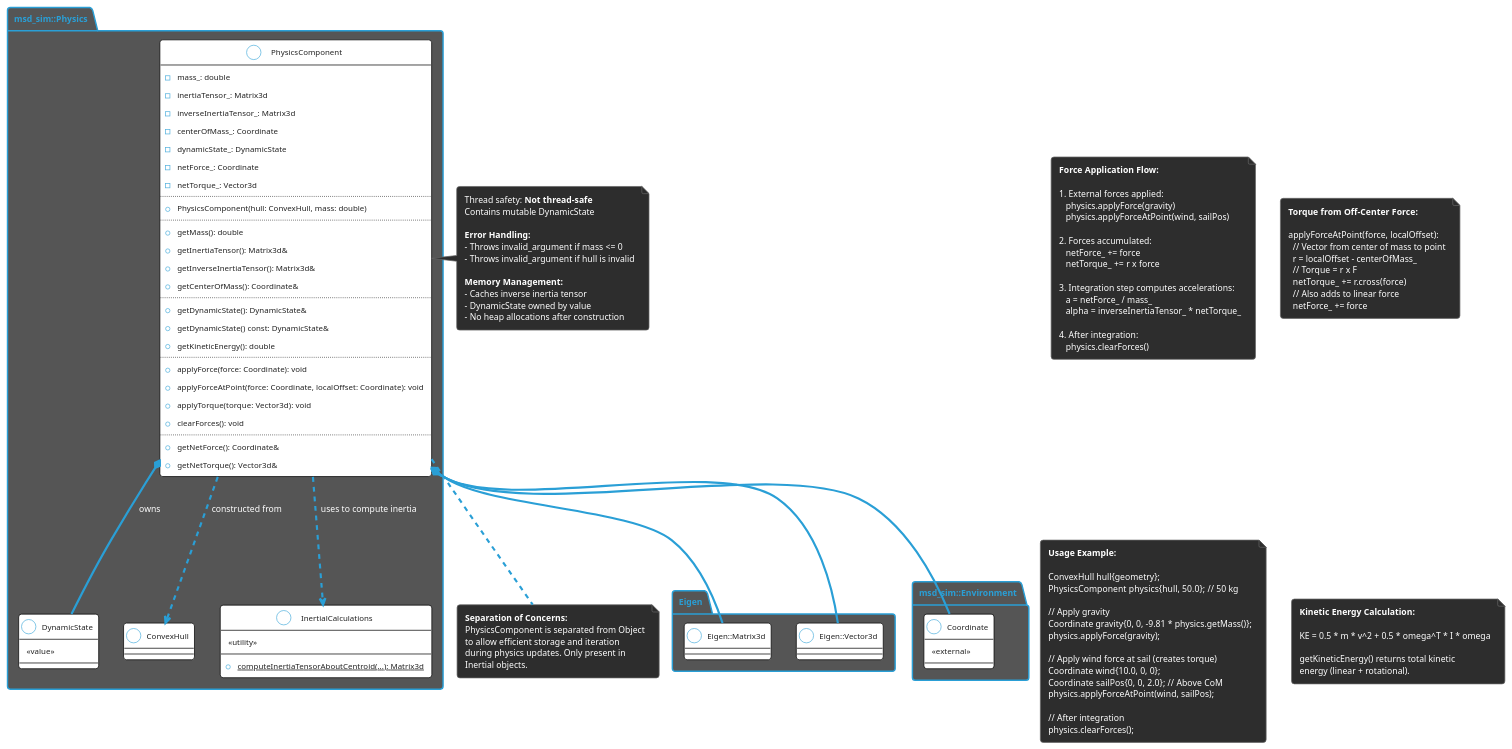
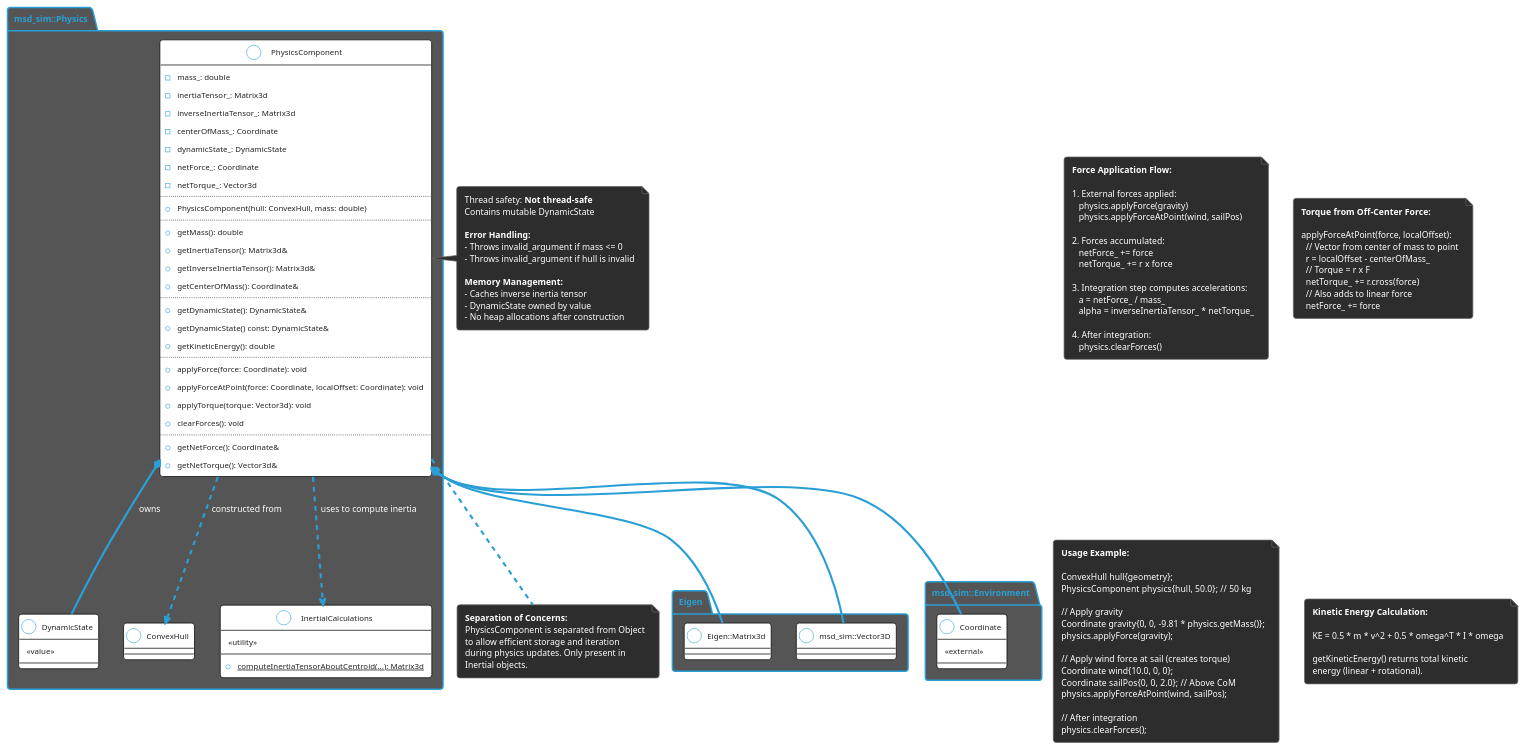
The diagram in docs/msd/msd-sim/Physics/physics-component.puml (danielnewman09/MSD-CPP), drawn with PlantUML before and after one commit. The commit also changed 102 other files, not shown here.

```diff
--- a/docs/msd/msd-sim/Physics/physics-component.puml
+++ b/docs/msd/msd-sim/Physics/physics-component.puml
@@ -1,195 +1,195 @@
 @startuml
 ' =============================================================================
 ' Feature: PhysicsComponent
 ' Description: Rigid body physics properties for dynamic objects
 ' Date: 2026-01-01
 ' =============================================================================
 
 !theme cyborg
 
 ' -----------------------------------------------------------------------------
 ' Styling - documenting existing components
 ' -----------------------------------------------------------------------------
 skinparam class {
     BackgroundColor White
     BorderColor Black
 }
 
 skinparam note {
     BackgroundColor #2d2d2d
     BorderColor #666666
 }
 
 ' -----------------------------------------------------------------------------
 ' Package/Namespace Organization
 ' -----------------------------------------------------------------------------
 package "msd_sim::Physics" {
 
     class PhysicsComponent {
         -mass_: double
         -inertiaTensor_: Matrix3d
         -inverseInertiaTensor_: Matrix3d
         -centerOfMass_: Coordinate
         -dynamicState_: DynamicState
         -netForce_: Coordinate
         -netTorque_: Vector3d
         ..
         ' Construction
         +PhysicsComponent(hull: ConvexHull, mass: double)
         ..
         ' Mass properties
         +getMass(): double
         +getInertiaTensor(): Matrix3d&
         +getInverseInertiaTensor(): Matrix3d&
         +getCenterOfMass(): Coordinate&
         ..
         ' Dynamic state access
         +getDynamicState(): DynamicState&
         +getDynamicState() const: DynamicState&
         +getKineticEnergy(): double
         ..
         ' Force and torque application
         +applyForce(force: Coordinate): void
         +applyForceAtPoint(force: Coordinate, localOffset: Coordinate): void
         +applyTorque(torque: Vector3d): void
         +clearForces(): void
         ..
         ' Net force/torque access
         +getNetForce(): Coordinate&
         +getNetTorque(): Vector3d&
     }
 
     class DynamicState {
         <<value>>
         ' Owned by PhysicsComponent
     }
 
     class ConvexHull {
         ' Used for construction
     }
 
     class InertialCalculations {
         <<utility>>
         +{static} computeInertiaTensorAboutCentroid(...): Matrix3d
     }
 }
 
 package "Eigen" {
     class "Eigen::Matrix3d" as Matrix3d {
         ' 3x3 inertia tensor
     }
 
-    class "Eigen::Vector3d" as Vector3d {
+    class "msd_sim::Vector3D" as Vector3d {
         ' Angular quantities
     }
 }
 
 package "msd_sim::Environment" {
     class Coordinate {
         <<external>>
         ' 3D position/force
     }
 }
 
 ' -----------------------------------------------------------------------------
 ' Relationships
 ' -----------------------------------------------------------------------------
 
 ' Composition
 PhysicsComponent *-- DynamicState : owns
 PhysicsComponent *-- Coordinate : centerOfMass_, netForce_
 PhysicsComponent *-- Matrix3d : inertiaTensor_, inverseInertiaTensor_
 PhysicsComponent *-- Vector3d : netTorque_
 
 ' Construction dependencies
 PhysicsComponent ..> ConvexHull : constructed from
 PhysicsComponent ..> InertialCalculations : uses to compute inertia
 
 ' -----------------------------------------------------------------------------
 ' Notes
 ' -----------------------------------------------------------------------------
 note right of PhysicsComponent
     Thread safety: **Not thread-safe**
     Contains mutable DynamicState
 
     **Error Handling:**
     - Throws invalid_argument if mass <= 0
     - Throws invalid_argument if hull is invalid
 
     **Memory Management:**
     - Caches inverse inertia tensor
     - DynamicState owned by value
     - No heap allocations after construction
 end note
 
 note bottom of PhysicsComponent
     **Separation of Concerns:**
     PhysicsComponent is separated from Object
     to allow efficient storage and iteration
     during physics updates. Only present in
     Inertial objects.
 end note
 
 ' -----------------------------------------------------------------------------
 ' Data Flow
 ' -----------------------------------------------------------------------------
 note as ForceFlow
     **Force Application Flow:**
 
     1. External forces applied:
        physics.applyForce(gravity)
        physics.applyForceAtPoint(wind, sailPos)
 
     2. Forces accumulated:
        netForce_ += force
        netTorque_ += r x force
 
     3. Integration step computes accelerations:
        a = netForce_ / mass_
        alpha = inverseInertiaTensor_ * netTorque_
 
     4. After integration:
        physics.clearForces()
 end note
 
 note as TorqueCalculation
     **Torque from Off-Center Force:**
 
     applyForceAtPoint(force, localOffset):
       // Vector from center of mass to point
       r = localOffset - centerOfMass_
       // Torque = r x F
       netTorque_ += r.cross(force)
       // Also adds to linear force
       netForce_ += force
 end note
 
 note as UsageExample
     **Usage Example:**
 
     ConvexHull hull{geometry};
     PhysicsComponent physics{hull, 50.0};  // 50 kg
 
     // Apply gravity
     Coordinate gravity{0, 0, -9.81 * physics.getMass()};
     physics.applyForce(gravity);
 
     // Apply wind force at sail (creates torque)
     Coordinate wind{10.0, 0, 0};
     Coordinate sailPos{0, 0, 2.0};  // Above CoM
     physics.applyForceAtPoint(wind, sailPos);
 
     // After integration
     physics.clearForces();
 end note
 
 note as EnergyNote
     **Kinetic Energy Calculation:**
 
     KE = 0.5 * m * v^2 + 0.5 * omega^T * I * omega
 
     getKineticEnergy() returns total kinetic
     energy (linear + rotational).
 end note
 
 @enduml
```
